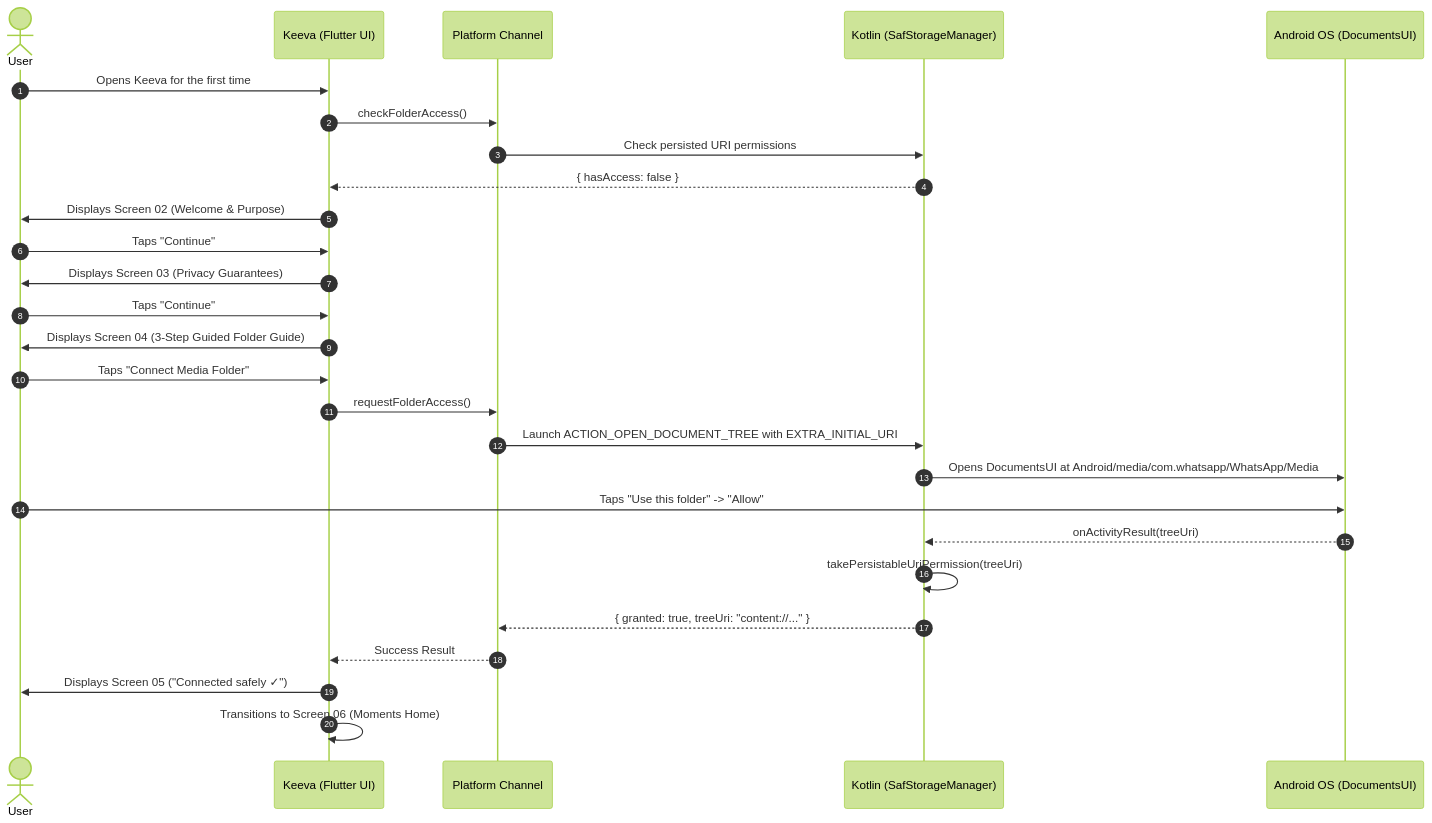
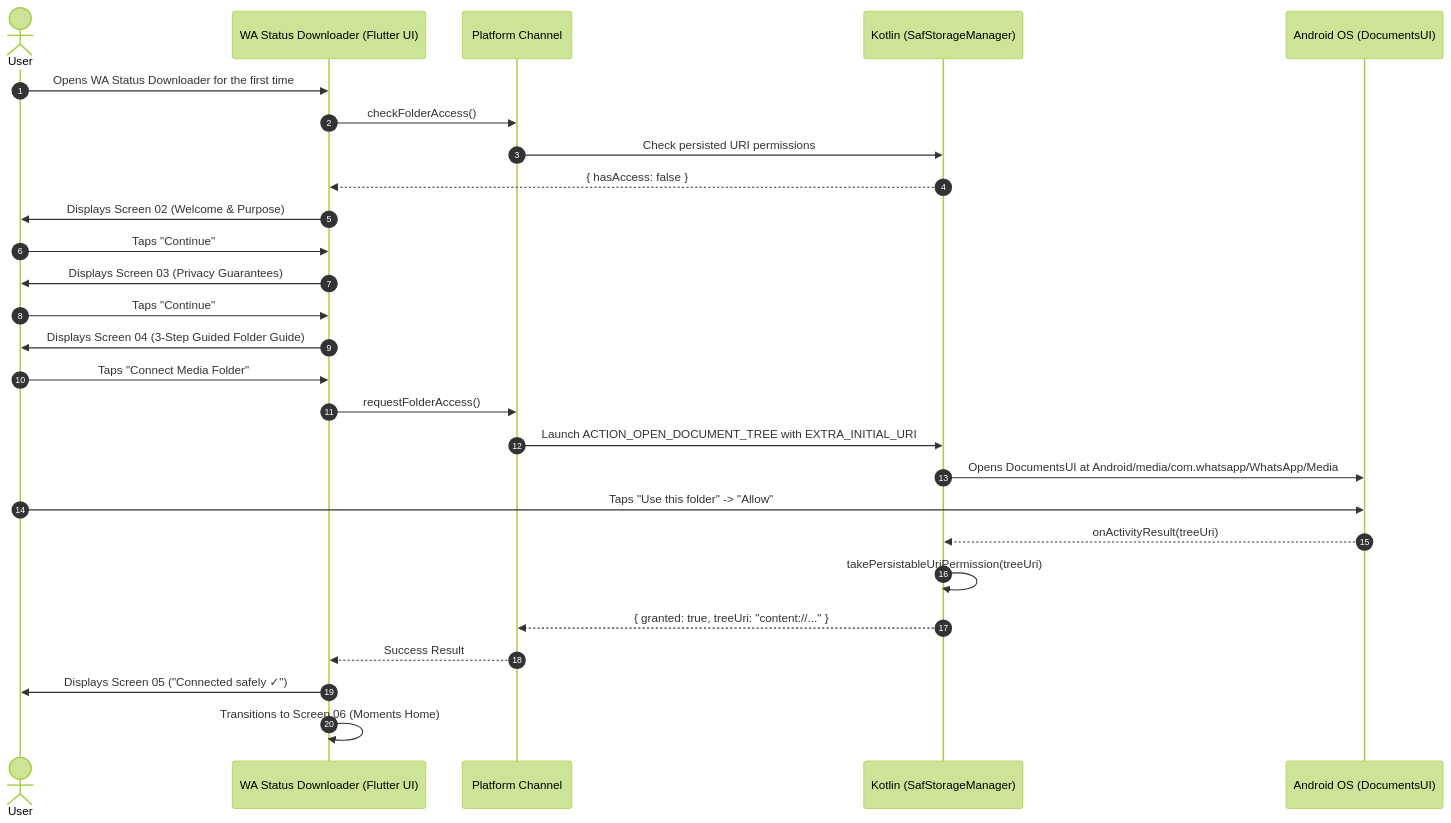
Before and after one commit to shahiddgk/wastatusdownloader: the first of 7 diagrams in docs/design/user-flows.md, drawn with Mermaid (forest theme). The commit also changed other lines of this file and 261 other files, not shown here.

````diff
--- a/docs/design/user-flows.md
+++ b/docs/design/user-flows.md
@@ -15,30 +15,30 @@
 ```mermaid
 sequenceDiagram
     autonumber
     actor User
-    participant FlutterUI as Keeva (Flutter UI)
+    participant FlutterUI as WA Status Downloader (Flutter UI)
     participant Channel as Platform Channel
     participant Native as Kotlin (SafStorageManager)
     participant System as Android OS (DocumentsUI)
 
-    User->>FlutterUI: Opens Keeva for the first time
+    User->>FlutterUI: Opens WA Status Downloader for the first time
     FlutterUI->>Channel: checkFolderAccess()
     Channel->>Native: Check persisted URI permissions
     Native-->>FlutterUI: { hasAccess: false }
     FlutterUI->>User: Displays Screen 02 (Welcome & Purpose)
     User->>FlutterUI: Taps "Continue"
     FlutterUI->>User: Displays Screen 03 (Privacy Guarantees)
     User->>FlutterUI: Taps "Continue"
     FlutterUI->>User: Displays Screen 04 (3-Step Guided Folder Guide)
     User->>FlutterUI: Taps "Connect Media Folder"
     FlutterUI->>Channel: requestFolderAccess()
     Channel->>Native: Launch ACTION_OPEN_DOCUMENT_TREE with EXTRA_INITIAL_URI
     Native->>System: Opens DocumentsUI at Android/media/com.whatsapp/WhatsApp/Media
     User->>System: Taps "Use this folder" -> "Allow"
     System-->>Native: onActivityResult(treeUri)
     Native->>Native: takePersistableUriPermission(treeUri)
     Native-->>Channel: { granted: true, treeUri: "content://..." }
     Channel-->>FlutterUI: Success Result
     FlutterUI->>User: Displays Screen 05 ("Connected safely ✓")
     FlutterUI->>FlutterUI: Transitions to Screen 06 (Moments Home)
 ```
````
